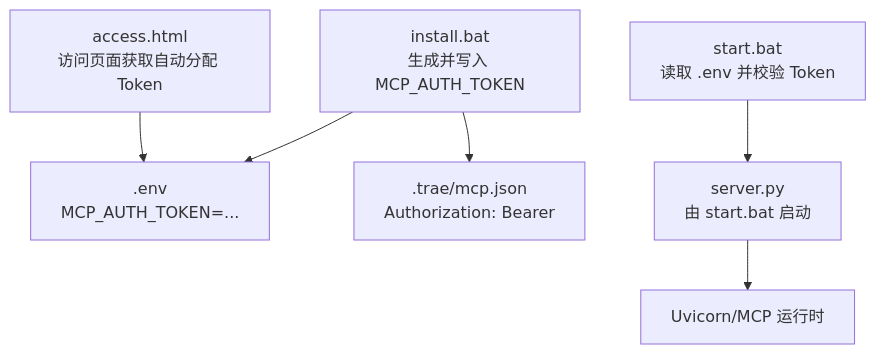
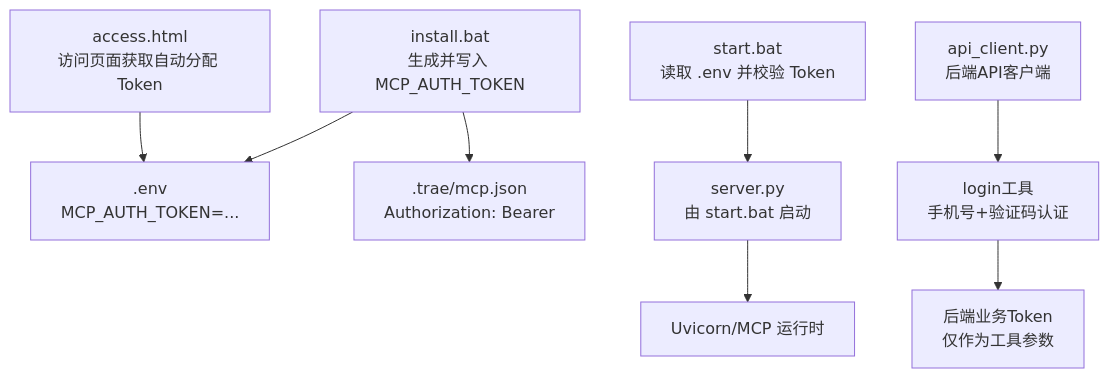
The first of 9 diagrams in .qoder/repowiki/zh/content/项目概述/核心功能特性/认证授权系统.md (rookie-wind/web_ai), drawn with Mermaid before and after one commit. The commit also changed other lines of this file and 117 other files, not shown here.

````diff
--- a/.qoder/repowiki/zh/content/项目概述/核心功能特性/认证授权系统.md
+++ b/.qoder/repowiki/zh/content/项目概述/核心功能特性/认证授权系统.md
@@ -40,8 +53,10 @@
 ```mermaid
 graph TB
 A["install.bat<br/>生成并写入 MCP_AUTH_TOKEN"] --> B[".env<br/>MCP_AUTH_TOKEN=..."]
 A --> C[".trae/mcp.json<br/>Authorization: Bearer <token>"]
 D["start.bat<br/>读取 .env 并校验 Token"] --> E["server.py<br/>由 start.bat 启动"]
 F["access.html<br/>访问页面获取自动分配 Token"] --> B
 E --> G["Uvicorn/MCP 运行时"]
+H["api_client.py<br/>后端API客户端"] --> I["login工具<br/>手机号+验证码认证"]
+I --> J["后端业务Token<br/>仅作为工具参数"]
 ```
````
